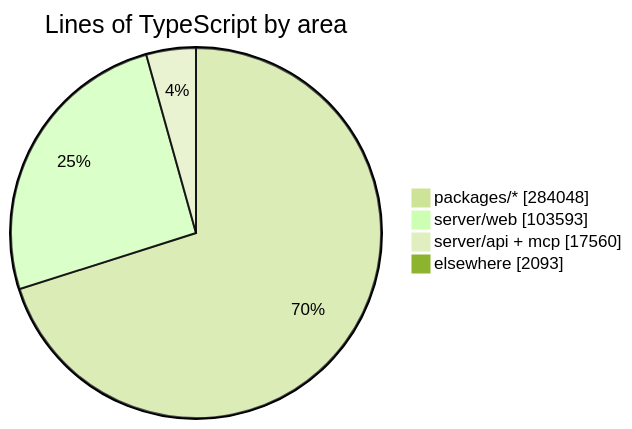
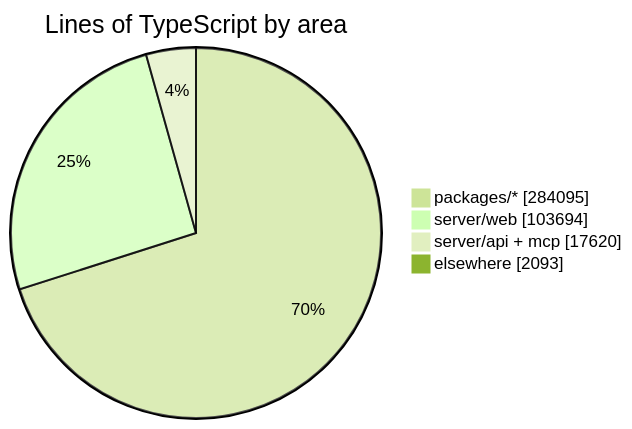
The diagram in README.md (crossworks-engineering/mantle), drawn with Mermaid (forest theme) before and after one commit. The commit also changed other lines of this file and 2 other files, not shown here.

````diff
--- a/README.md
+++ b/README.md
@@ -294,7 +294,7 @@
 ```mermaid
 pie showData title Lines of TypeScript by area
-    "packages/*" : 284048
-    "server/web" : 103593
-    "server/api + mcp" : 17560
+    "packages/*" : 284095
+    "server/web" : 103694
+    "server/api + mcp" : 17620
     "elsewhere" : 2093
 ```
````
